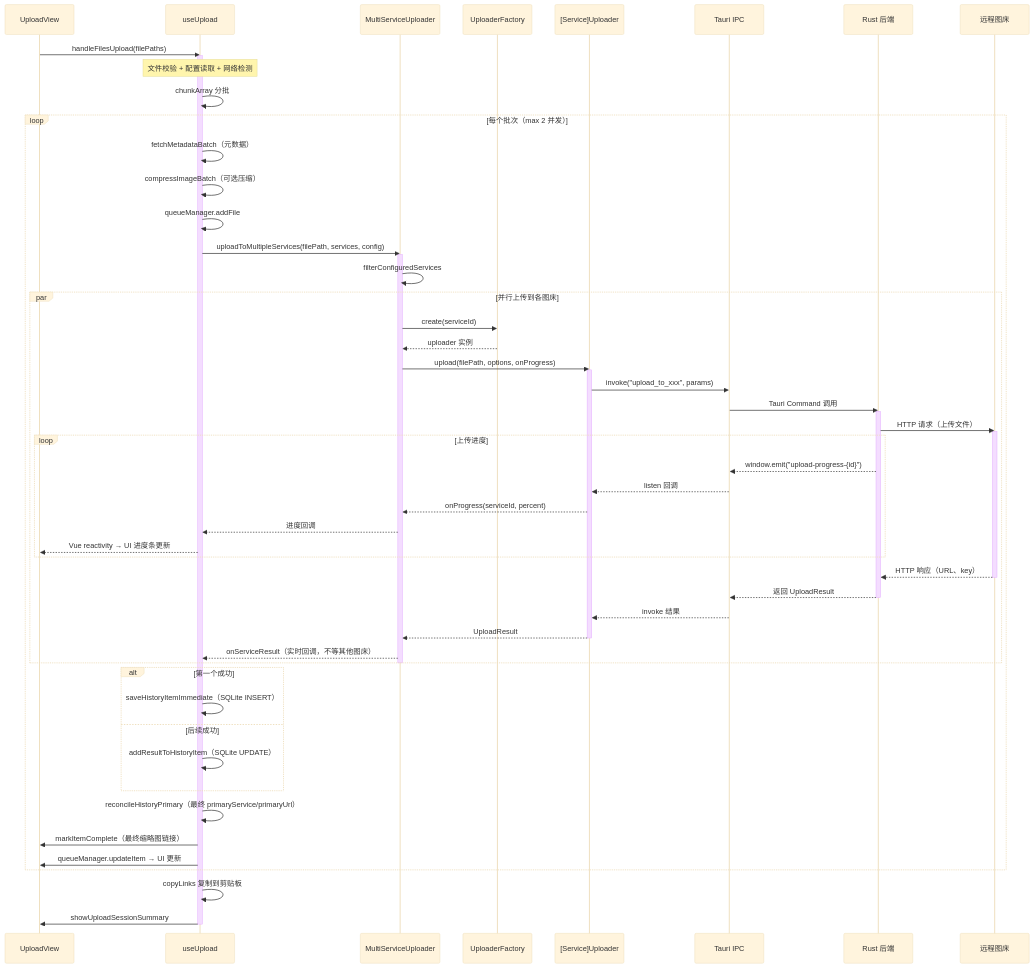
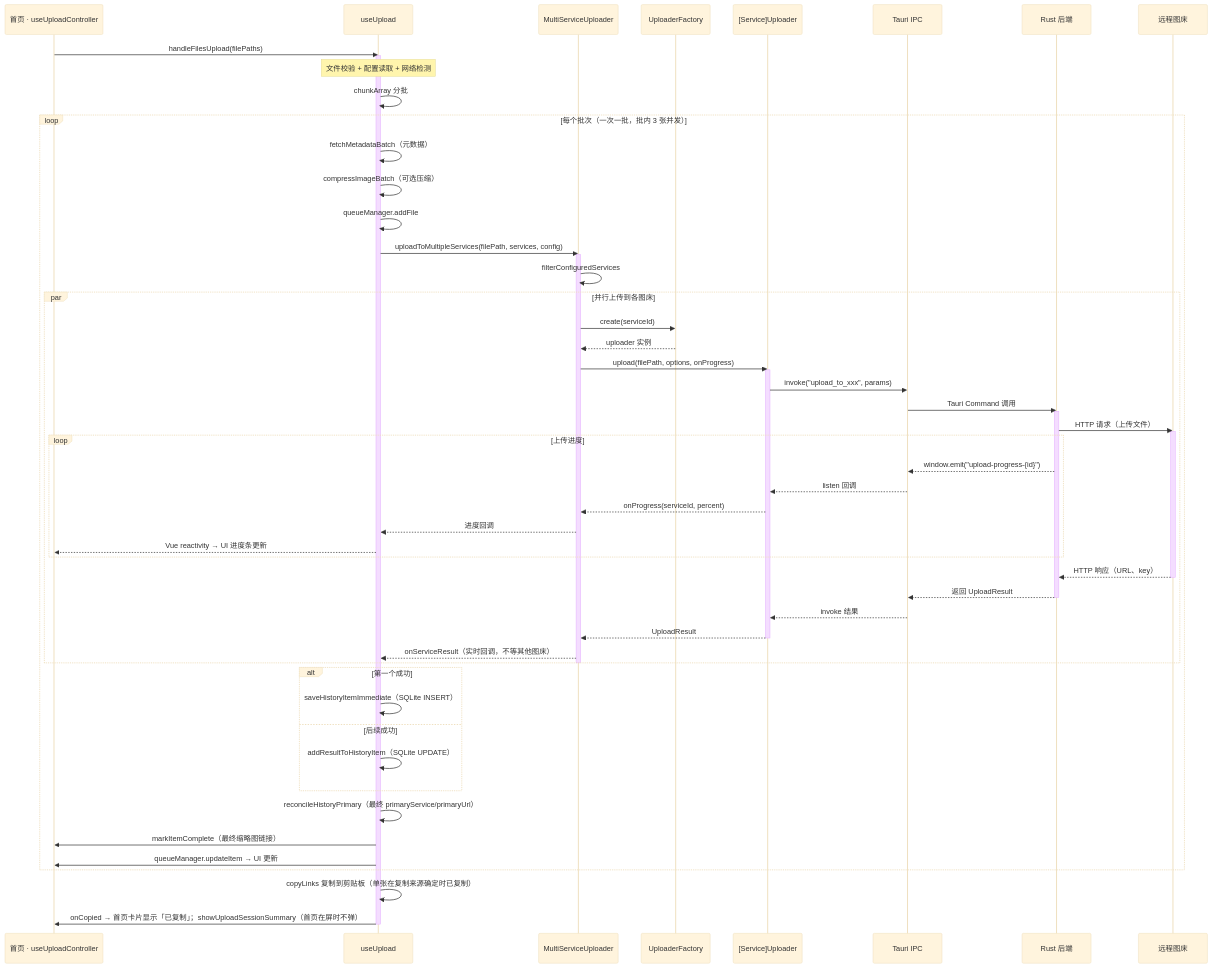
One commit to joeyliu6/PicNexus changed the second of 2 diagrams in docs/flows/upload-flow.md. Above: the diagram before and after it, drawn with Mermaid (base theme). The commit also changed other lines of this file and 10 other files, not shown here.

````diff
--- a/docs/flows/upload-flow.md
+++ b/docs/flows/upload-flow.md
@@ -119,77 +119,77 @@
 ```mermaid
 sequenceDiagram
-    participant UV as UploadView
+    participant UV as 首页 · useUploadController
     participant UU as useUpload
     participant MSU as MultiServiceUploader
     participant UF as UploaderFactory
     participant UP as [Service]Uploader
     participant IPC as Tauri IPC
     participant RS as Rust 后端
     participant RM as 远程图床
 
     UV->>UU: handleFilesUpload(filePaths)
     activate UU
 
     Note over UU: 文件校验 + 配置读取 + 网络检测
     UU->>UU: chunkArray 分批
 
-    loop 每个批次（max 2 并发）
+    loop 每个批次（一次一批，批内 3 张并发）
         UU->>UU: fetchMetadataBatch（元数据）
         UU->>UU: compressImageBatch（可选压缩）
         UU->>UU: queueManager.addFile
 
         UU->>MSU: uploadToMultipleServices(filePath, services, config)
         activate MSU
 
         MSU->>MSU: filterConfiguredServices
 
         par 并行上传到各图床
             MSU->>UF: create(serviceId)
             UF-->>MSU: uploader 实例
             MSU->>UP: upload(filePath, options, onProgress)
             activate UP
 
             UP->>IPC: invoke("upload_to_xxx", params)
             IPC->>RS: Tauri Command 调用
             activate RS
 
             RS->>RM: HTTP 请求（上传文件）
             activate RM
 
             loop 上传进度
                 RS-->>IPC: window.emit("upload-progress-{id}")
                 IPC-->>UP: listen 回调
                 UP-->>MSU: onProgress(serviceId, percent)
                 MSU-->>UU: 进度回调
                 UU-->>UV: Vue reactivity → UI 进度条更新
             end
 
             RM-->>RS: HTTP 响应（URL、key）
             deactivate RM
             RS-->>IPC: 返回 UploadResult
             deactivate RS
             IPC-->>UP: invoke 结果
             UP-->>MSU: UploadResult
             deactivate UP
 
             MSU-->>UU: onServiceResult（实时回调，不等其他图床）
         end
 
         deactivate MSU
 
         alt 第一个成功
             UU->>UU: saveHistoryItemImmediate（SQLite INSERT）
         else 后续成功
             UU->>UU: addResultToHistoryItem（SQLite UPDATE）
         end
 
         UU->>UU: reconcileHistoryPrimary（最终 primaryService/primaryUrl）
         UU->>UV: markItemComplete（最终缩略图链接）
 
         UU->>UV: queueManager.updateItem → UI 更新
     end
 
-    UU->>UU: copyLinks 复制到剪贴板
-    UU->>UV: showUploadSessionSummary
+    UU->>UU: copyLinks 复制到剪贴板（单张在复制来源确定时已复制）
+    UU->>UV: onCopied → 首页卡片显示「已复制」；showUploadSessionSummary（首页在屏时不弹）
     deactivate UU
 ```
````
